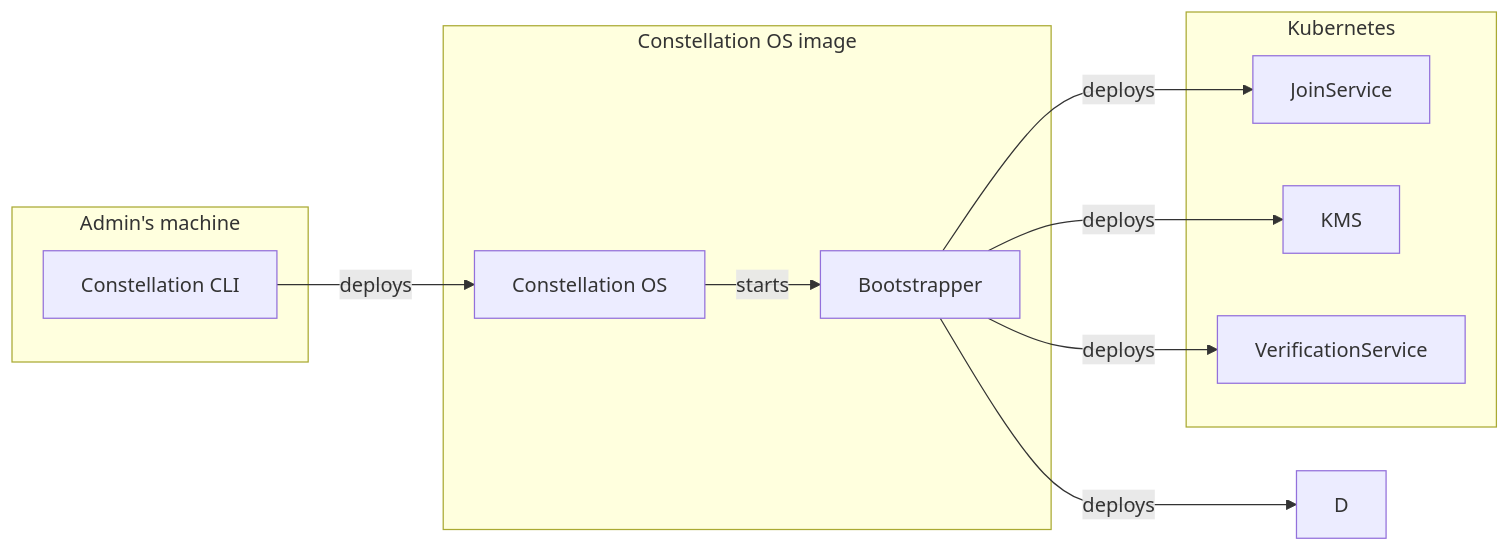
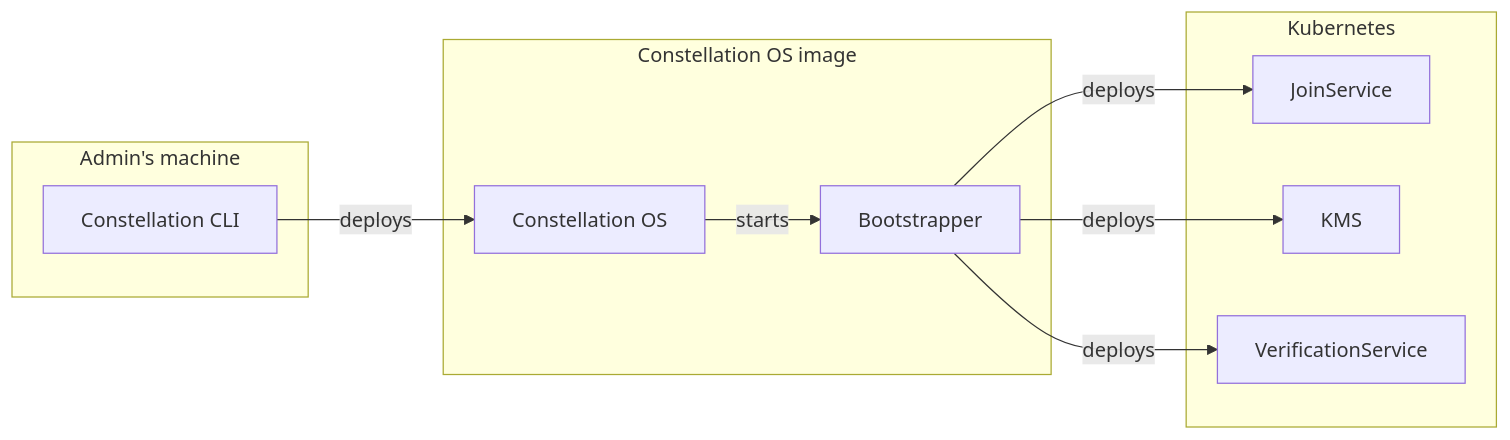
One commit to edgelesssys/constellation changed the first of 2 diagrams in docs/versioned_docs/version-2.2/architecture/components.md. Above: the diagram before and after it, drawn with Mermaid.

Commit message:
Fix components diagram

````diff
--- a/docs/versioned_docs/version-2.2/architecture/components.md
+++ b/docs/versioned_docs/version-2.2/architecture/components.md
@@ -14,21 +14,20 @@
 ```mermaid
 flowchart LR
     subgraph admin [Admin's machine]
         A[Constellation CLI]
     end
     subgraph img [Constellation OS image]
         B[Constellation OS]
         C[Bootstrapper]
     end
     subgraph Kubernetes
-        E[JoinService]
-        F[KMS]
-        G[VerificationService]
+        D[JoinService]
+        E[KMS]
+        F[VerificationService]
     end
     A -- deploys -->
     B -- starts --> C
     C -- deploys --> D
     C -- deploys --> E
     C -- deploys --> F
-    C -- deploys --> G
 ```
````
